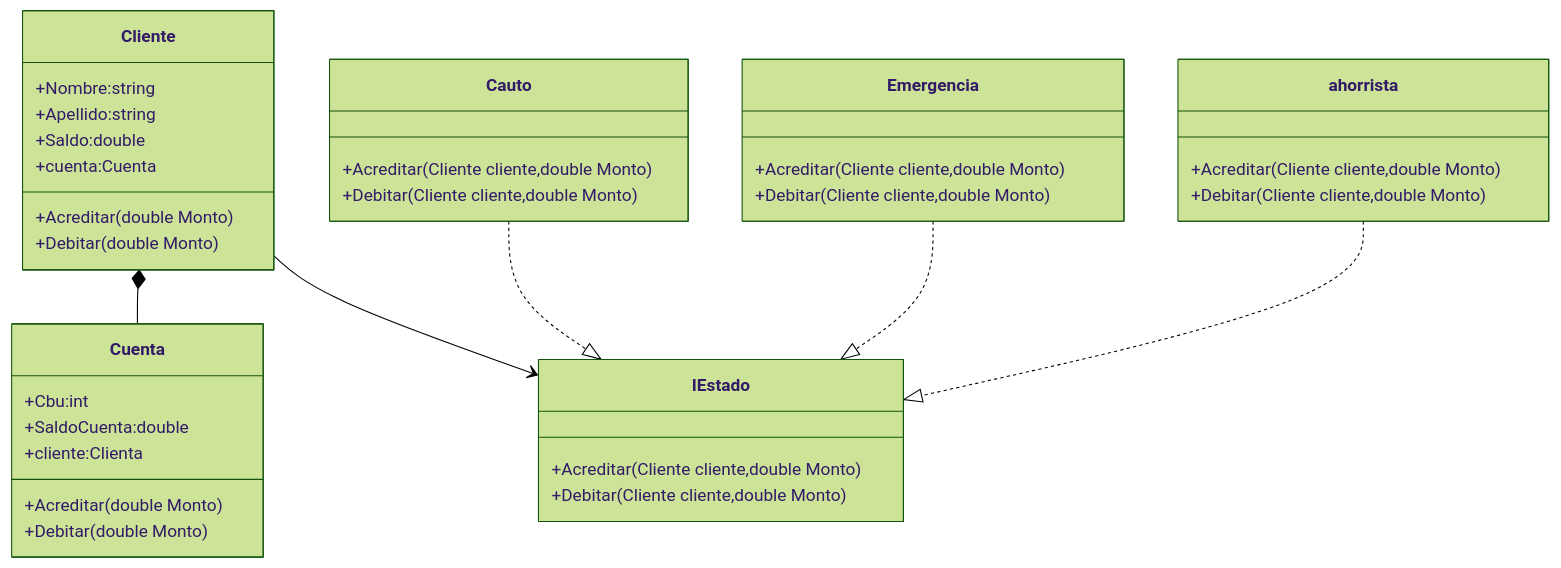
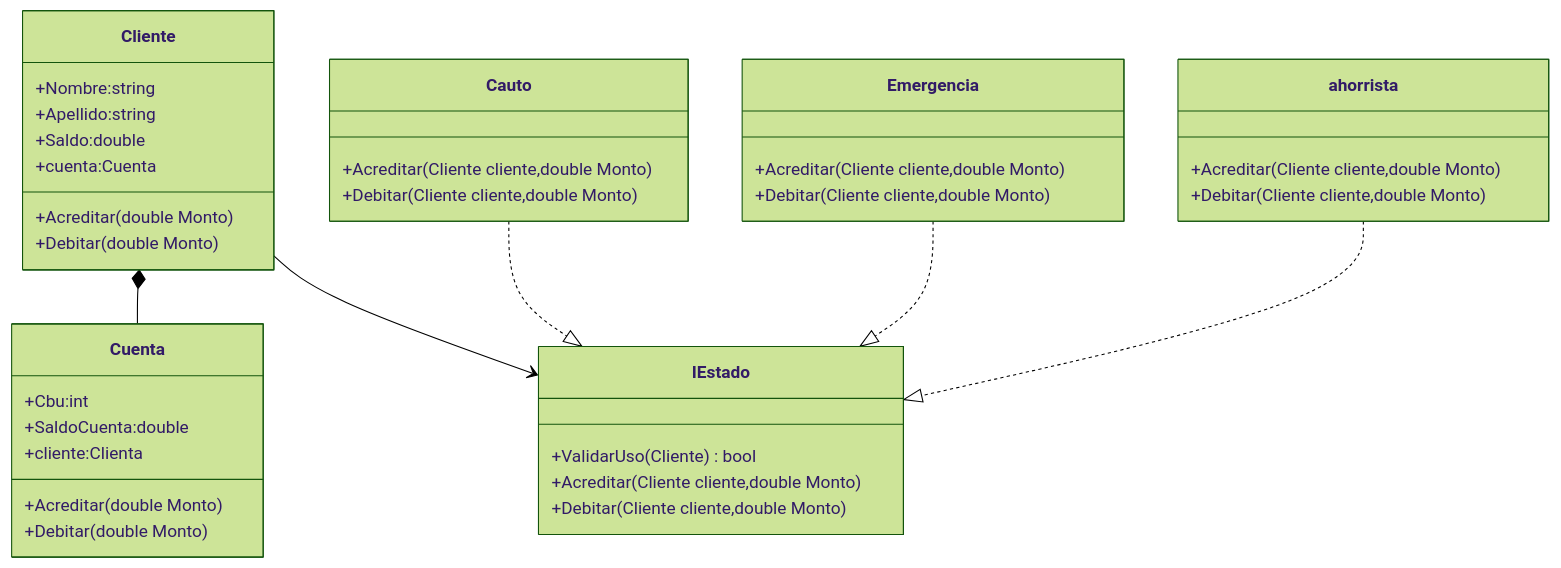
The diagram in README.md (JRyoy/Banco), drawn with Mermaid (forest theme) before and after one commit.

````diff
--- a/README.md
+++ b/README.md
@@ -2,50 +2,50 @@
 ```mermaid
 classDiagram
 
 class Cuenta{
     +Cbu:int
     +SaldoCuenta:double 
     +cliente:Clienta
     +Acreditar(double Monto)
     +Debitar(double Monto)
 }
 Cliente *-- Cuenta
 class Cliente{
 
     +Nombre:string
     +Apellido:string
     +Saldo:double
     +cuenta:Cuenta
     +Acreditar(double Monto)
     +Debitar(double Monto)
 
 }
 Cliente --> IEstado
 
 class  IEstado{
     <Interface>
-
+    +ValidarUso(Cliente)bool
     +Acreditar(Cliente cliente,double Monto)
     +Debitar(Cliente cliente,double Monto)
 }
 Cauto..|>IEstado
 Emergencia..|>IEstado
 ahorrista..|>IEstado
 class Cauto{
     +Acreditar(Cliente cliente,double Monto)
     +Debitar(Cliente cliente,double Monto)
 
 }
 class Emergencia{
     +Acreditar(Cliente cliente,double Monto)
     +Debitar(Cliente cliente,double Monto)
 }
 class ahorrista{
     +Acreditar(Cliente cliente,double Monto)
     +Debitar(Cliente cliente,double Monto)
 
 }
 
 
 
 ```
````
